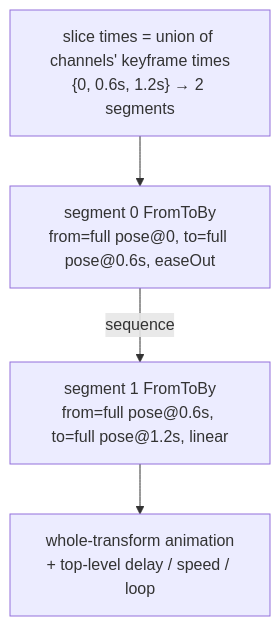
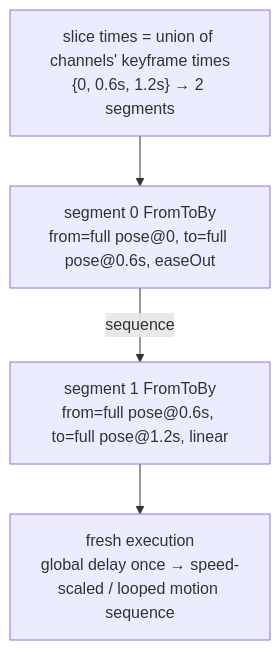
One commit to webspatial/webspatial-sdk changed the ninth of 14 diagrams in openspec/changes/redesign-entity-motion-api/design.md. Above: the diagram before and after it, drawn with Mermaid. The commit also changed other lines of this file and 5 other files, not shown here.

````diff
--- a/openspec/changes/redesign-entity-motion-api/design.md
+++ b/openspec/changes/redesign-entity-motion-api/design.md
@@ -1056,11 +1056,11 @@
 ```mermaid
 flowchart TB
     Slice["slice times = union of channels' keyframe times<br/>{0, 0.6s, 1.2s} → 2 segments"]
     S0["segment 0 FromToBy<br/>from=full pose@0, to=full pose@0.6s, easeOut"]
     S1["segment 1 FromToBy<br/>from=full pose@0.6s, to=full pose@1.2s, linear"]
-    Clip["whole-transform animation<br/>+ top-level delay / speed / loop"]
+    Clip["fresh execution<br/>global delay once → speed-scaled / looped motion sequence"]
 
     Slice --> S0
     S0 -->|sequence| S1
     S1 --> Clip
 ```
````
